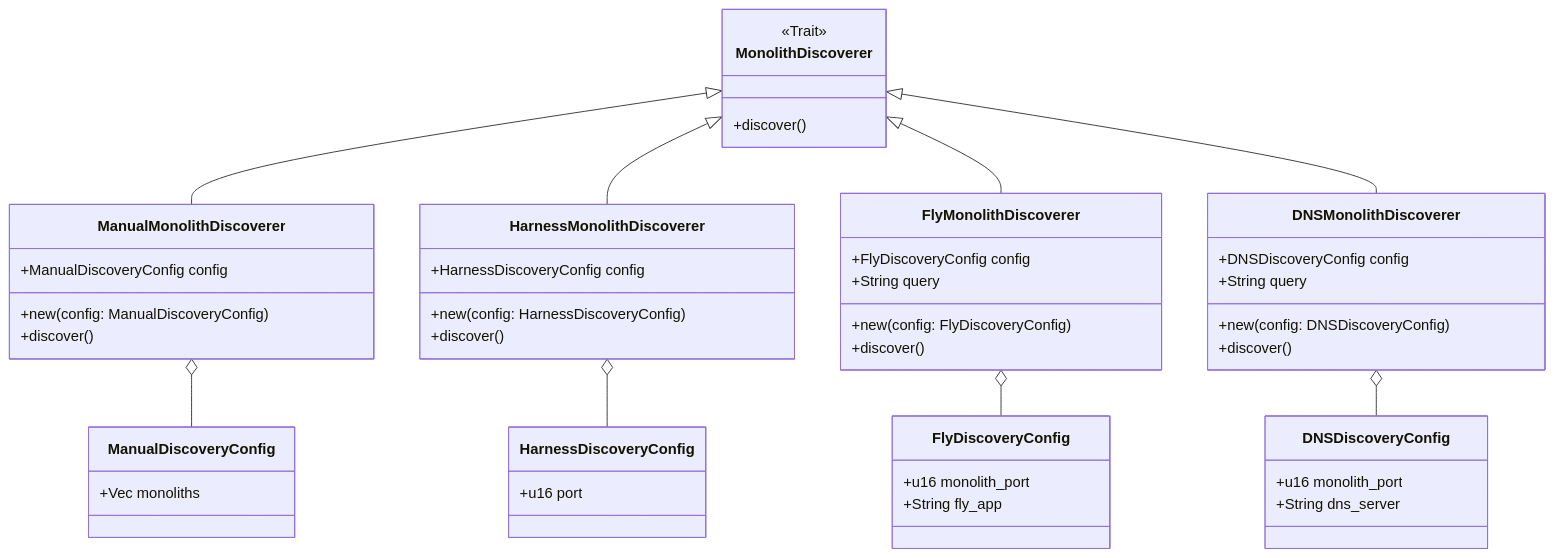
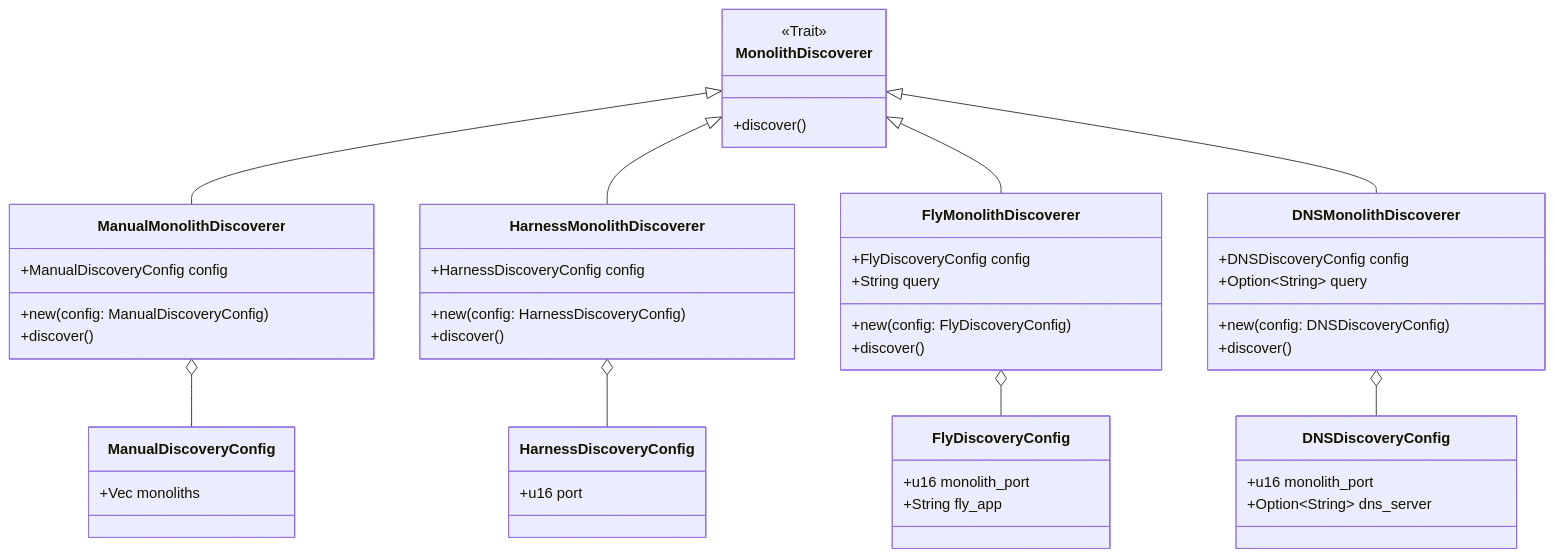
One commit to dyc3/senior-design changed the diagram in figures/monolith-discoverers.mmd. Above: the diagram before and after it, drawn with Mermaid. The commit also changed 1 other file, not shown here.

Commit message:
edited figure to include Option<String>

```diff
--- a/figures/monolith-discoverers.mmd
+++ b/figures/monolith-discoverers.mmd
@@ -1,46 +1,46 @@
 classDiagram
     direction BT
     class MonolithDiscoverer {
         <<Trait>>
         +discover()
     }
     ManualMonolithDiscoverer --|> MonolithDiscoverer
     HarnessMonolithDiscoverer --|> MonolithDiscoverer
     FlyMonolithDiscoverer --|> MonolithDiscoverer
     DNSMonolithDiscoverer --|> MonolithDiscoverer
 
     DNSDiscoveryConfig --o DNSMonolithDiscoverer
     DNSDiscoveryConfig : +u16 monolith_port
-    DNSDiscoveryConfig : +String dns_server
+    DNSDiscoveryConfig : +Option~String~ dns_server
     class DNSMonolithDiscoverer{
         +DNSDiscoveryConfig config
-        +String query
+        +Option~String~ query
         +new(config: DNSDiscoveryConfig)
         +discover()
     }
 
     FlyDiscoveryConfig --o FlyMonolithDiscoverer
     FlyDiscoveryConfig : +u16 monolith_port
     FlyDiscoveryConfig : +String fly_app
     class FlyMonolithDiscoverer{
         +FlyDiscoveryConfig config
         +String query
         +new(config: FlyDiscoveryConfig)
         +discover()
     }
 
     ManualDiscoveryConfig --o ManualMonolithDiscoverer
     ManualDiscoveryConfig : +Vec monoliths
     class ManualMonolithDiscoverer{
         +ManualDiscoveryConfig config
         +new(config: ManualDiscoveryConfig)
         +discover()
     }
 
     HarnessDiscoveryConfig --o HarnessMonolithDiscoverer
     HarnessDiscoveryConfig : +u16 port
     class HarnessMonolithDiscoverer{
         +HarnessDiscoveryConfig config
         +new(config: HarnessDiscoveryConfig)
         +discover()
     }
```
